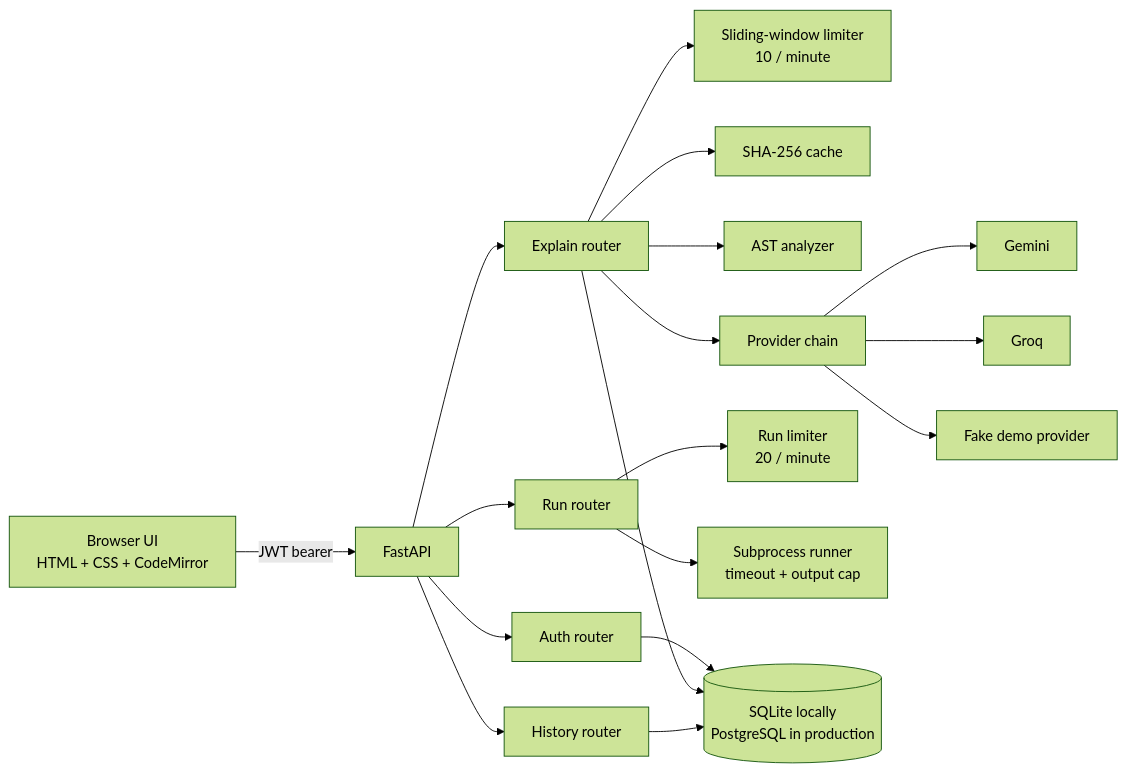
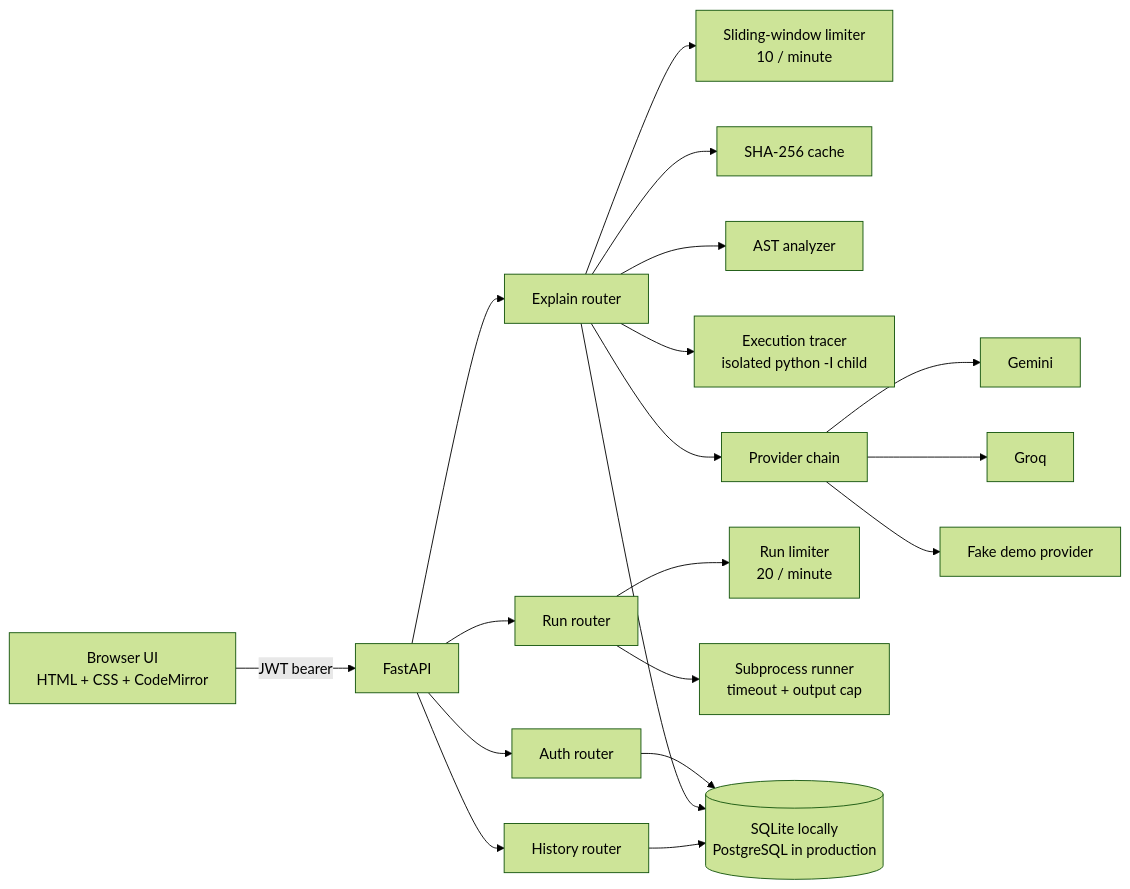
The first of 3 diagrams in README.md (Karthik4765/LineLens), drawn with Mermaid (forest theme) before and after one commit. The commit also changed other lines of this file and 2 other files, not shown here.

First line of the commit message:
docs: document execution tracing and add a Postman collection

````diff
--- a/README.md
+++ b/README.md
@@ -22,23 +24,24 @@
 ```mermaid
 flowchart LR
     Browser["Browser UI<br/>HTML + CSS + CodeMirror"] -->|"JWT bearer"| API["FastAPI"]
     API --> Auth["Auth router"]
     API --> Explain["Explain router"]
     API --> Run["Run router"]
     API --> History["History router"]
 
     Explain --> Limiter["Sliding-window limiter<br/>10 / minute"]
     Explain --> Cache["SHA-256 cache"]
     Explain --> Analyzer["AST analyzer"]
+    Explain --> Tracer["Execution tracer<br/>isolated python -I child"]
     Explain --> Explainer["Provider chain"]
     Explainer --> Gemini["Gemini"]
     Explainer --> Groq["Groq"]
     Explainer --> Fake["Fake demo provider"]
 
     Run --> RunLimiter["Run limiter<br/>20 / minute"]
     Run --> Runner["Subprocess runner<br/>timeout + output cap"]
 
     Auth --> DB[("SQLite locally<br/>PostgreSQL in production")]
     Explain --> DB
     History --> DB
 ```
````
